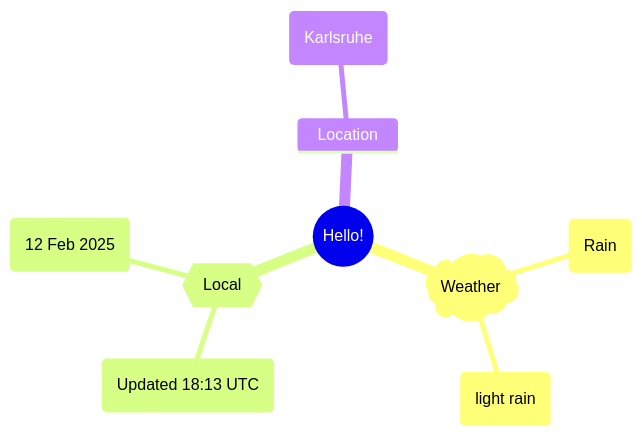
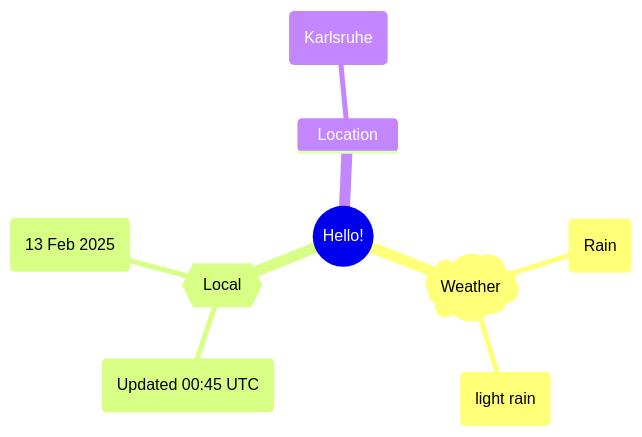
One commit to Xosrov/Xosrov changed the first of 2 diagrams in README.md. Above: the diagram before and after it, drawn with Mermaid.

Commit message:
[bot] updated images

````diff
--- a/README.md
+++ b/README.md
@@ -3,12 +3,12 @@
 ```mermaid
 mindmap
   root((Hello!))
     )Weather(
         (Rain)
         (light rain)
     {{Local}}
-        (Updated 18:13 UTC)
-        (12 Feb 2025)
+        (Updated 00:45 UTC)
+        (13 Feb 2025)
     Location
         (Karlsruhe)
 ```
````
